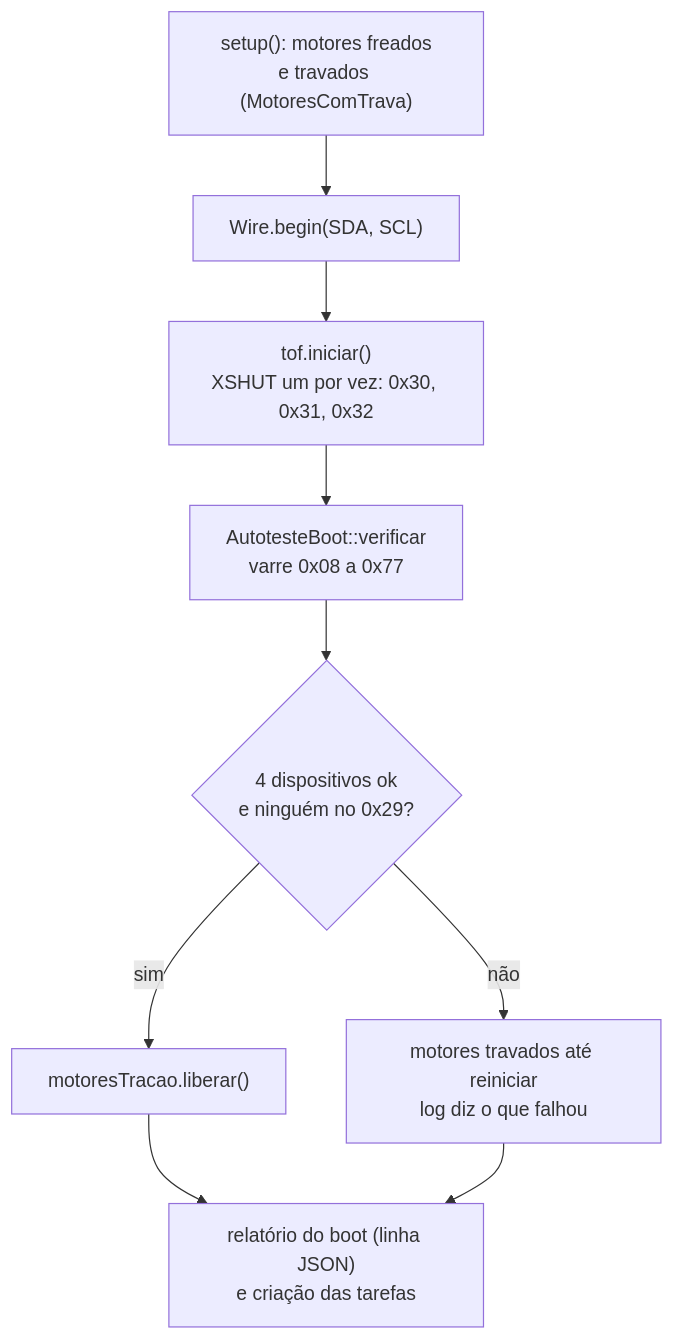
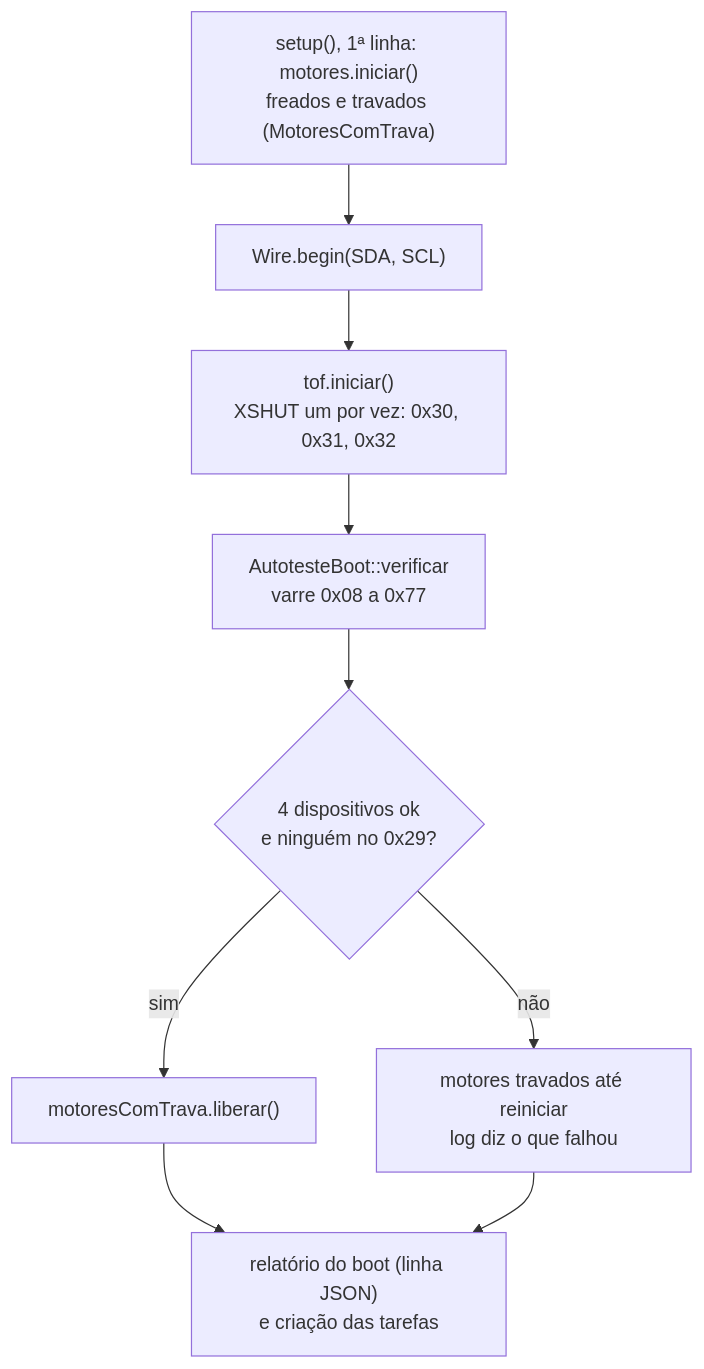
The fifth of 10 diagrams in docs/04-projeto-conceitual/firmware.md (claudiohsc/2026_2_PI1_Grupo01_Hilmer-1), drawn with Mermaid before and after one commit. The commit also changed other lines of this file and 1 other file, not shown here.

First line of the commit message:
docs(firmware): atualiza o boot para as camadas dos motores e a integração do I²C e registra os testes (#50)

````diff
--- a/docs/04-projeto-conceitual/firmware.md
+++ b/docs/04-projeto-conceitual/firmware.md
@@ -339,11 +339,11 @@
 ```mermaid
 flowchart TD
-    a["setup(): motores freados<br/>e travados (MotoresComTrava)"] --> b["Wire.begin(SDA, SCL)"]
+    a["setup(), 1ª linha: motores.iniciar()<br/>freados e travados (MotoresComTrava)"] --> b["Wire.begin(SDA, SCL)"]
     b --> c["tof.iniciar()<br/>XSHUT um por vez: 0x30, 0x31, 0x32"]
     c --> d["AutotesteBoot::verificar<br/>varre 0x08 a 0x77"]
     d --> e{"4 dispositivos ok<br/>e ninguém no 0x29?"}
-    e -- "sim" --> f["motoresTracao.liberar()"]
+    e -- "sim" --> f["motoresComTrava.liberar()"]
     e -- "não" --> g["motores travados até reiniciar<br/>log diz o que falhou"]
     f --> h["relatório do boot (linha JSON)<br/>e criação das tarefas"]
     g --> h
 ```
````
